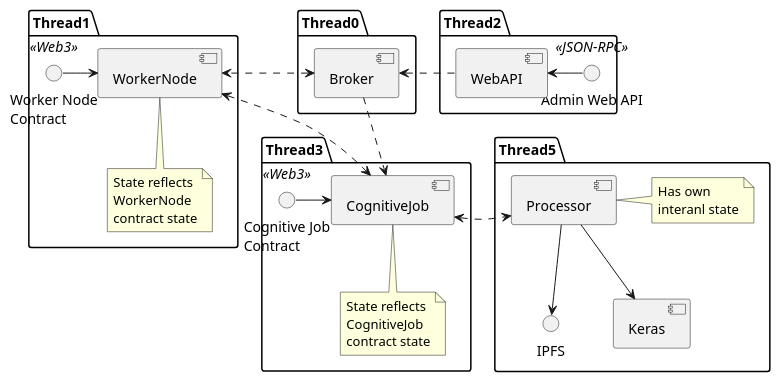
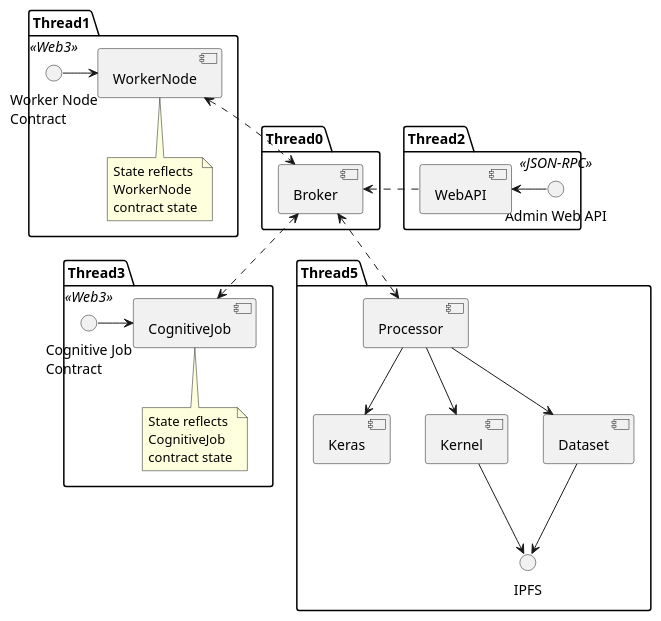
Before and after one commit to pandoraboxchain/pyrrha-pynode: the diagram in docs/uml/components.puml, drawn with PlantUML. The commit also changed 3 other files, not shown here.

Commit message:
Updating docs: new classes and components UML diagrams

```diff
--- a/docs/uml/components.puml
+++ b/docs/uml/components.puml
@@ -1,57 +1,56 @@
 @startuml
 skinparam componentStyle uml2
 
 package Thread1 {
     () "Worker Node\nContract" << Web3 >> as workerContract
     [WorkerNode]
     [WorkerNode] <-left- workerContract
 
     note bottom of [WorkerNode]
         State reflects
         WorkerNode
         contract state
     end note
 }
 
 package Thread2 {
     () "Admin Web API" << JSON-RPC >> as webAPI
     [WebAPI]
     [WebAPI] <-right- webAPI
 }
 
 package Thread3 {
     () "Cognitive Job\nContract" << Web3 >> as jobContract
     [CognitiveJob]
     [CognitiveJob] <-left- jobContract
 
     note bottom of [CognitiveJob]
         State reflects
         CognitiveJob
         contract state
     end note
 }
 
 package Thread0 {
     [Broker]
 }
 
 package Thread5 {
     () IPFS
     [Processor]
     [Keras]
+    [Kernel]
+    [Dataset]
     [Processor] --> [Keras]
-    [Processor] --> IPFS
-
-    note right of [Processor]
-        Has own
-        interanl state
-    end note
+    [Processor] --> [Kernel]
+    [Processor] --> [Dataset]
+    [Kernel] --> IPFS
+    [Dataset] --> IPFS
 }
 
 [Broker] <.right. [WebAPI]
-[Broker] <.right.> [WorkerNode]
-[Broker] .right.> [CognitiveJob]
-[WorkerNode] <..> [CognitiveJob]
-[CognitiveJob] <.right.> [Processor]
+[Broker] <.up.> [WorkerNode]
+[Broker] <..> [CognitiveJob]
+[Broker] <..> [Processor]
 
 @enduml
```
